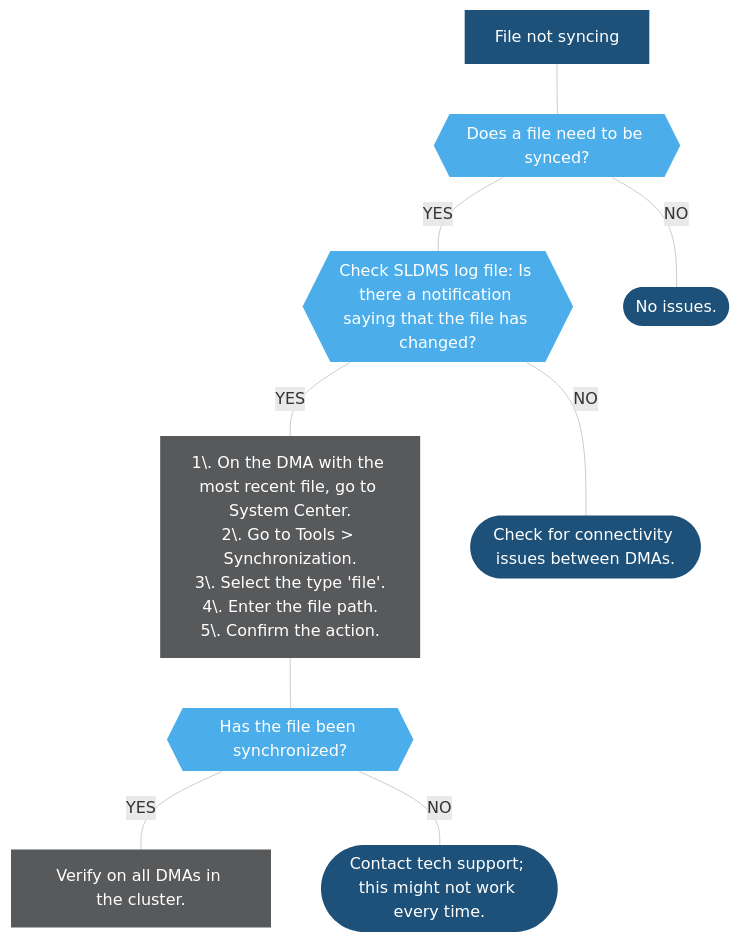
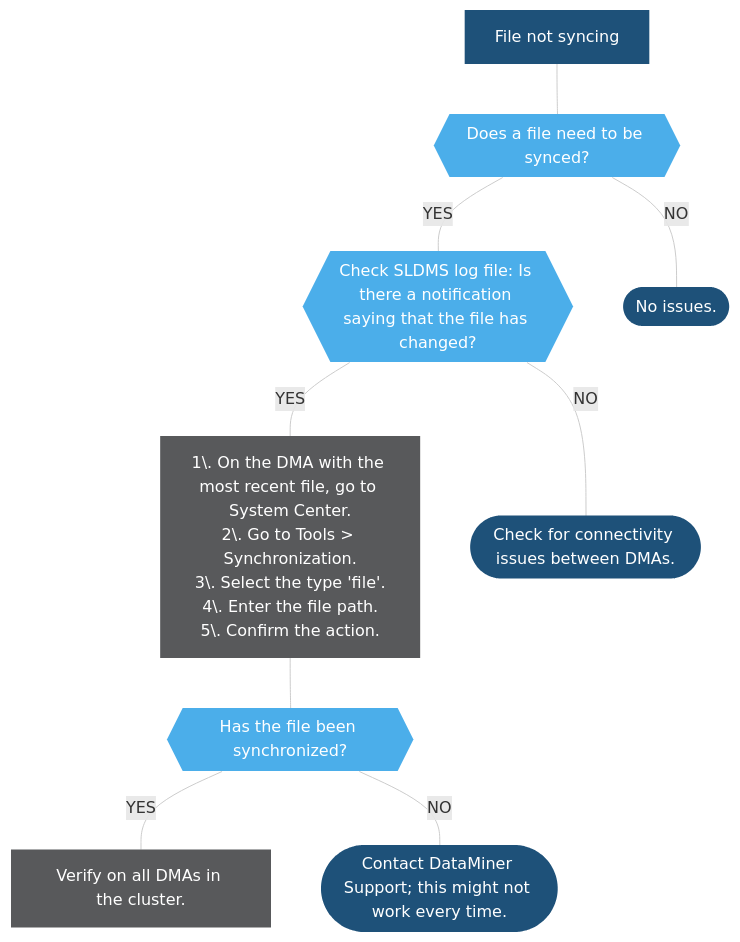
One commit to SkylineCommunications/dataminer-docs changed the second of 4 diagrams in user-guide/Troubleshooting/Troubleshooting_Flowcharts/Troubleshooting_Process_Identification/Communication_processes/SLDMS/SLDMS_Frequent_Issues.md. Above: the diagram before and after it, drawn with Mermaid. The commit also changed 13 other files, not shown here.

Commit message:
tech support => DataMiner Support

````diff
--- a/user-guide/Troubleshooting/Troubleshooting_Flowcharts/Troubleshooting_Process_Identification/Communication_processes/SLDMS/SLDMS_Frequent_Issues.md
+++ b/user-guide/Troubleshooting/Troubleshooting_Flowcharts/Troubleshooting_Process_Identification/Communication_processes/SLDMS/SLDMS_Frequent_Issues.md
@@ -40,37 +40,37 @@
 ```mermaid
 flowchart TD
 %% Define styles %%
 linkStyle default stroke:#cccccc
 classDef LightBlue fill:#9DDAF5,stroke:#000070,stroke-width:0px, color:#1E5179;
 classDef Blue fill:#4BAEEA,stroke:#000070,stroke-width:0px, color:#FFFFFF;
 classDef DarkBlue fill:#1E5179,stroke:#000070,stroke-width:0px, color:#FFFFFF;
 classDef DarkGray fill:#58595B,stroke:#000070,stroke-width:0px, color:#FFFFFF;
 classDef Gray fill:#999999,stroke:#000070,stroke-width:0px, color:#FFFFFF;
 classDef LightGray fill:#DDDDDD,stroke:#000070,stroke-width:0px, color:#1E5179;
 %% Define blocks %%
 FNS[File not syncing]
 Check{{Does a file need to be synced?}}
 Y1{{Check SLDMS log file: Is there a notification saying that the file has changed?}}
 N1(["No issues."])
 Y2["1\. On the DMA with the most recent file, go to System Center.<br>2\. Go to Tools > Synchronization.<br/>3\. Select the type 'file'.<br/>4\. Enter the file path.<br/>5\. Confirm the action."]
 N2(["Check for connectivity issues between DMAs."])
 C{{Has the file been synchronized?}}
 Y3["Verify on all DMAs in the cluster."]
-N3(["Contact tech support; this might not work every time."])
+N3(["Contact DataMiner Support; this might not work every time."])
 %% Connect blocks %%
 FNS --- Check
 Check --- |YES| Y1
 Check --- |NO| N1
 Y1 --- |YES| Y2
 Y1 --- |NO| N2
 Y2 --- C
 C --- |YES| Y3
 C --- |NO| N3
 %% Apply styles to blocks %%
 class START,FNS,N4,N3,N1,N2,CI3 DarkBlue;
 class Check,C,TSI1,Y1,CI4,CI6,CI1 Blue;
 class Y4,CI7,CI2 LightGray;
 class Y3,Y2,CI9,CI5 DarkGray;
 class R,SSP,CI8 LightBlue;
 class CI,TSI Gray;
 ```
````
